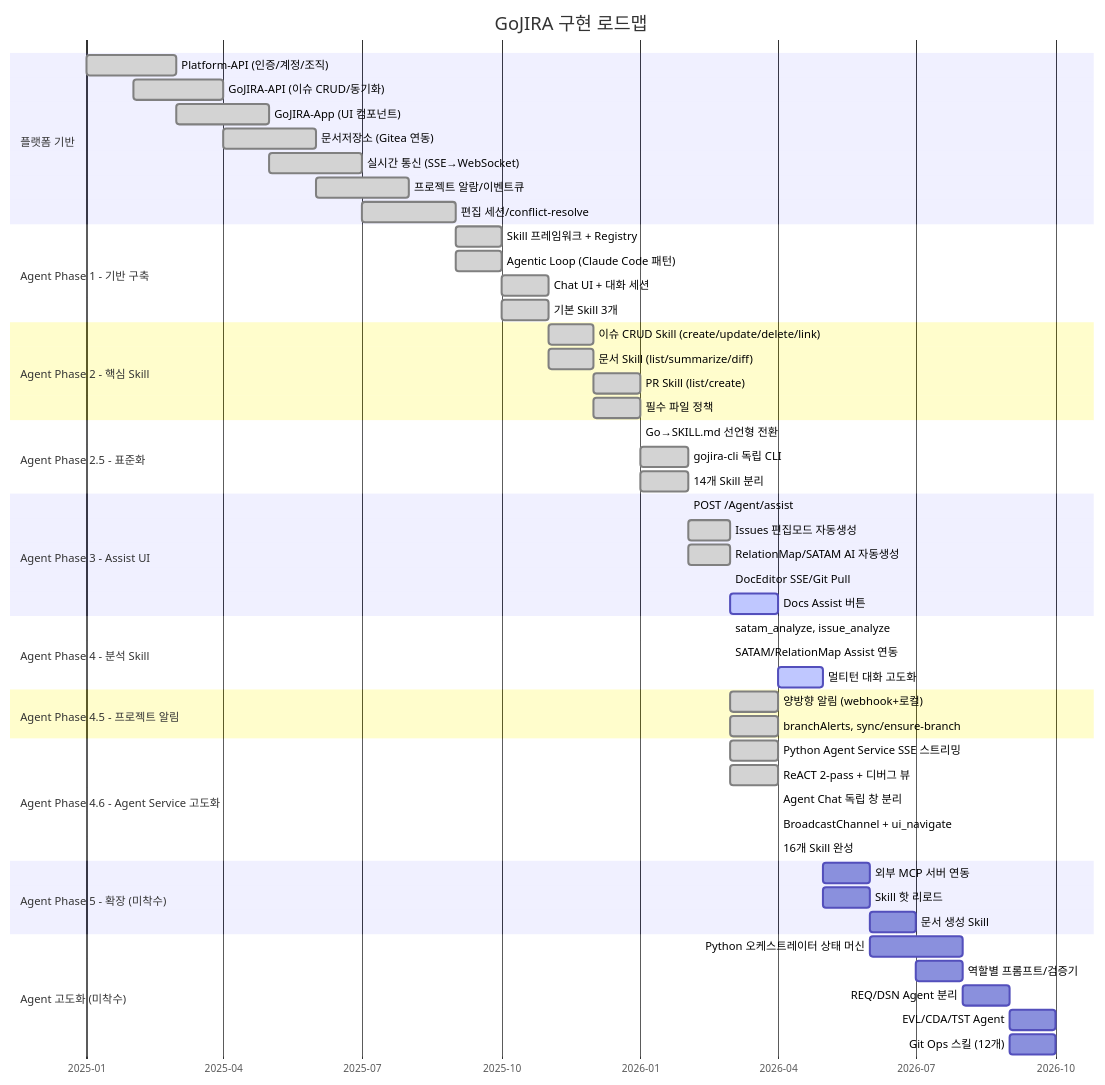
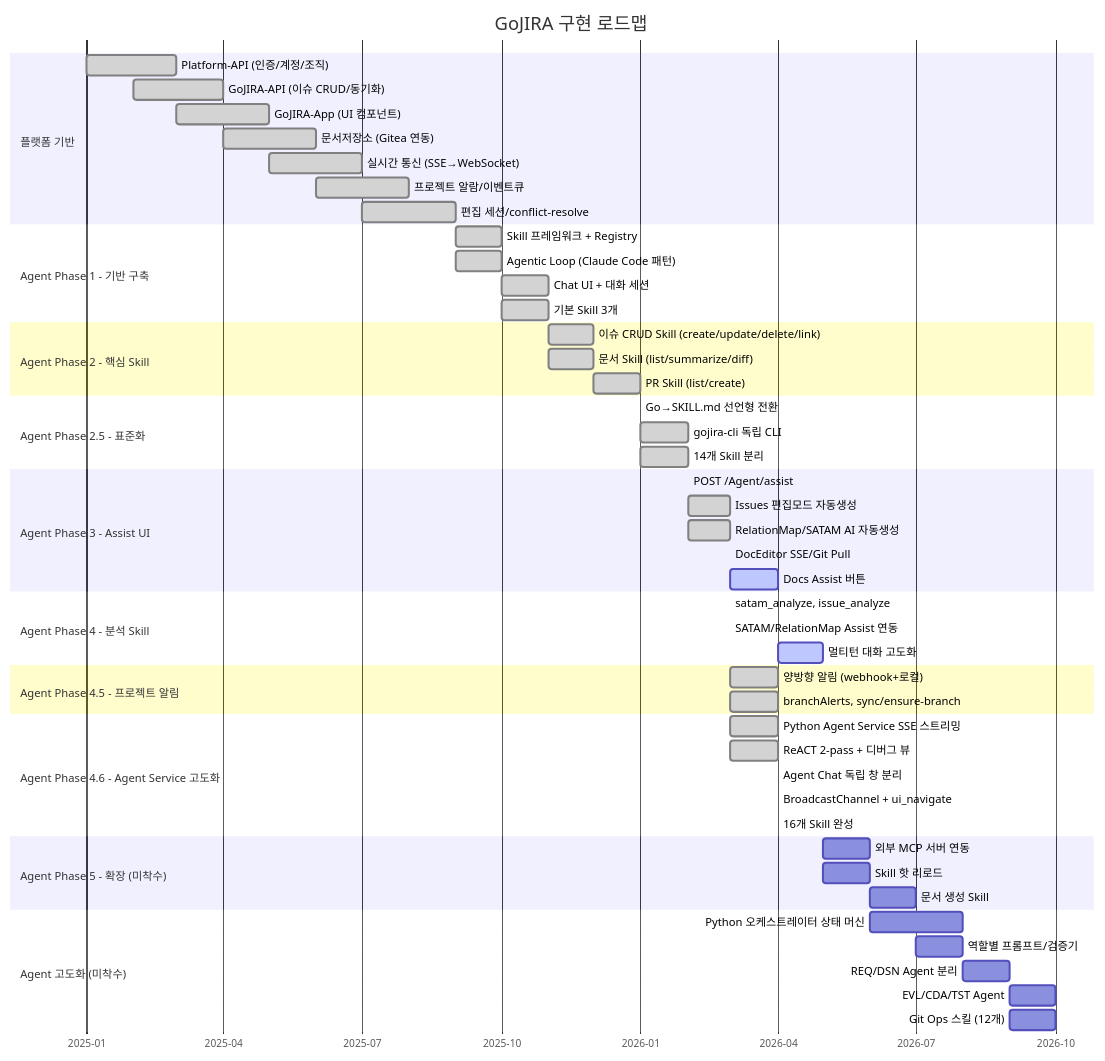
One commit to archi-duke/GoJIRA changed the first of 3 diagrams in docs/implementation-plan.md. Above: the diagram before and after it, drawn with Mermaid. The commit also changed other lines of this file and 6 other files, not shown here.

````diff
--- a/docs/implementation-plan.md
+++ b/docs/implementation-plan.md
@@ -30,67 +30,66 @@
 ```mermaid
 gantt
     title GoJIRA 구현 로드맵
     dateFormat  YYYY-MM
     axisFormat  %Y-%m
 
     section 플랫폼 기반
     Platform-API (인증/계정/조직)        :done, plat1, 2025-01, 2025-03
     GoJIRA-API (이슈 CRUD/동기화)        :done, plat2, 2025-02, 2025-04
     GoJIRA-App (UI 컴포넌트)             :done, plat3, 2025-03, 2025-05
     문서저장소 (Gitea 연동)              :done, plat4, 2025-04, 2025-06
     실시간 통신 (SSE→WebSocket)          :done, plat5, 2025-05, 2025-07
     프로젝트 알람/이벤트큐               :done, plat6, 2025-06, 2025-08
     편집 세션/conflict-resolve           :done, plat7, 2025-07, 2025-09
 
     section Agent Phase 1 - 기반 구축
     Skill 프레임워크 + Registry          :done, p1a, 2025-09, 2025-10
     Agentic Loop (Claude Code 패턴)      :done, p1b, 2025-09, 2025-10
     Chat UI + 대화 세션                  :done, p1c, 2025-10, 2025-11
     기본 Skill 3개                       :done, p1d, 2025-10, 2025-11
 
     section Agent Phase 2 - 핵심 Skill
     이슈 CRUD Skill (create/update/delete/link)  :done, p2a, 2025-11, 2025-12
     문서 Skill (list/summarize/diff)              :done, p2b, 2025-11, 2025-12
     PR Skill (list/create)                        :done, p2c, 2025-12, 2026-01
-    필수 파일 정책                                :done, p2d, 2025-12, 2026-01
 
     section Agent Phase 2.5 - 표준화
     Go→SKILL.md 선언형 전환              :done, p25a, 2026-01, 2026-01
     gojira-cli 독립 CLI                  :done, p25b, 2026-01, 2026-02
     14개 Skill 분리                      :done, p25c, 2026-01, 2026-02
 
     section Agent Phase 3 - Assist UI
     POST /Agent/assist                   :done, p3a, 2026-02, 2026-02
     Issues 편집모드 자동생성             :done, p3b, 2026-02, 2026-03
     RelationMap/SATAM AI 자동생성        :done, p3c, 2026-02, 2026-03
     DocEditor SSE/Git Pull               :done, p3d, 2026-03, 2026-03
     Docs Assist 버튼                     :active, p3e, 2026-03, 2026-04
 
     section Agent Phase 4 - 분석 Skill
     satam_analyze, issue_analyze         :done, p4a, 2026-03, 2026-03
     SATAM/RelationMap Assist 연동        :done, p4b, 2026-03, 2026-03
     멀티턴 대화 고도화                   :active, p4c, 2026-04, 2026-05
 
     section Agent Phase 4.5 - 프로젝트 알림
     양방향 알림 (webhook+로컬)           :done, p45a, 2026-03, 2026-04
     branchAlerts, sync/ensure-branch     :done, p45b, 2026-03, 2026-04
 
     section Agent Phase 4.6 - Agent Service 고도화
     Python Agent Service SSE 스트리밍    :done, p46a, 2026-03, 2026-04
     ReACT 2-pass + 디버그 뷰            :done, p46b, 2026-03, 2026-04
     Agent Chat 독립 창 분리              :done, p46c, 2026-04, 2026-04
     BroadcastChannel + ui_navigate       :done, p46d, 2026-04, 2026-04
     16개 Skill 완성                      :done, p46e, 2026-04, 2026-04
 
     section Agent Phase 5 - 확장 (미착수)
     외부 MCP 서버 연동                   :p5a, 2026-05, 2026-06
     Skill 핫 리로드                      :p5b, 2026-05, 2026-06
     문서 생성 Skill                       :p5c, 2026-06, 2026-07
 
     section Agent 고도화 (미착수)
     Python 오케스트레이터 상태 머신       :p6a, 2026-06, 2026-08
     역할별 프롬프트/검증기               :p6b, 2026-07, 2026-08
     REQ/DSN Agent 분리                   :p6c, 2026-08, 2026-09
     EVL/CDA/TST Agent                    :p6d, 2026-09, 2026-10
     Git Ops 스킬 (12개)                  :p6e, 2026-09, 2026-10
 ```
````
